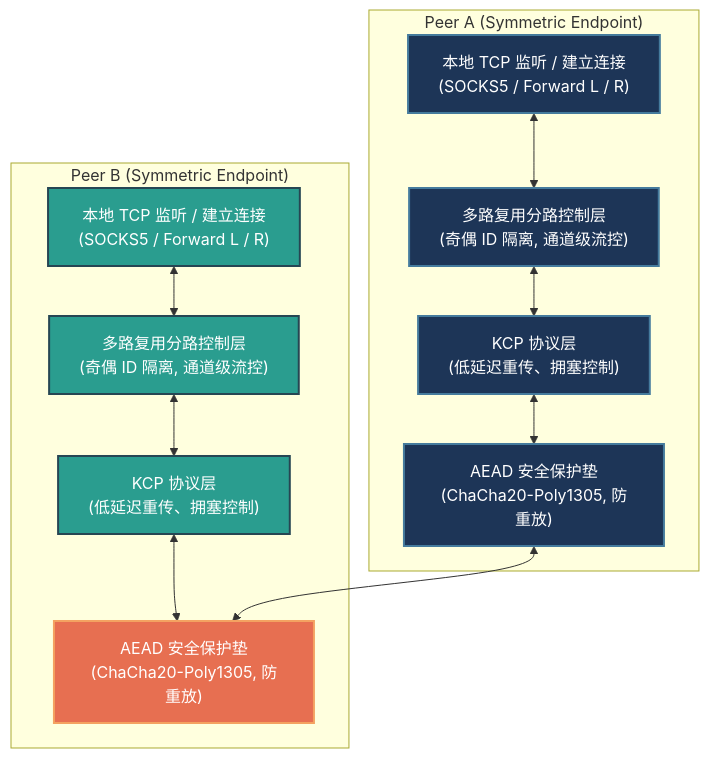
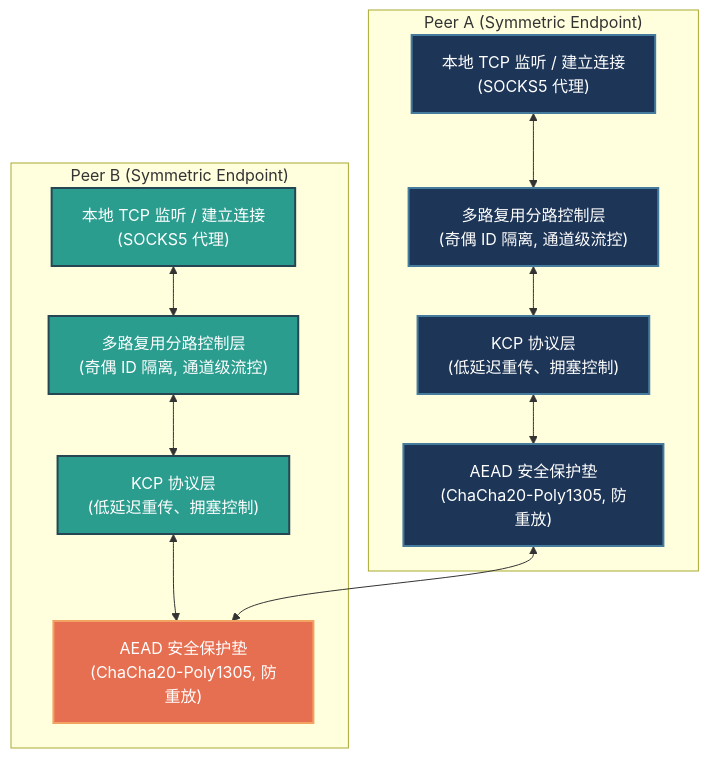
One commit to potato-520/BiTun changed the first of 2 diagrams in README.md. Above: the diagram before and after it, drawn with Mermaid. The commit also changed other lines of this file and 9 other files, not shown here.

````diff
--- a/README.md
+++ b/README.md
@@ -21,33 +21,33 @@
 ```mermaid
 flowchart TD
     %% 定义色彩风格
     classDef peerA fill:#1d3557,stroke:#457b9d,stroke-width:2px,color:#fff;
     classDef peerB fill:#2a9d8f,stroke:#264653,stroke-width:2px,color:#fff;
     classDef network fill:#e76f51,stroke:#f4a261,stroke-width:2px,color:#fff;
     
     subgraph PeerA ["Peer A (Symmetric Endpoint)"]
-        A_TCP["本地 TCP 监听 / 建立连接<br>(SOCKS5 / Forward L / R)"]:::peerA
+        A_TCP["本地 TCP 监听 / 建立连接<br>(SOCKS5 代理)"]:::peerA
         A_Mux["多路复用分路控制层<br>(奇偶 ID 隔离, 通道级流控)"]:::peerA
         A_KCP["KCP 协议层<br>(低延迟重传、拥塞控制)"]:::peerA
         A_AEAD["AEAD 安全保护垫<br>(ChaCha20-Poly1305, 防重放)"]:::peerA
     end
 
     subgraph PeerB ["Peer B (Symmetric Endpoint)"]
-        B_TCP["本地 TCP 监听 / 建立连接<br>(SOCKS5 / Forward L / R)"]:::peerB
+        B_TCP["本地 TCP 监听 / 建立连接<br>(SOCKS5 代理)"]:::peerB
         B_Mux["多路复用分路控制层<br>(奇偶 ID 隔离, 通道级流控)"]:::peerB
         B_KCP["KCP 协议层<br>(低延迟重传、拥塞控制)"]:::peerB
         B_AEAD["AEAD 安全保护垫<br>(ChaCha20-Poly1305, 防重放)"]:::peerB
     end
 
     %% 内部层级流动
     A_TCP <--> A_Mux
     A_Mux <--> A_KCP
     A_KCP <--> A_AEAD
 
     B_TCP <--> B_Mux
     B_Mux <--> B_KCP
     B_KCP <--> B_AEAD
 
     %% 底层网络传输
     A_AEAD <--> B_AEAD:::network
 ```
````
